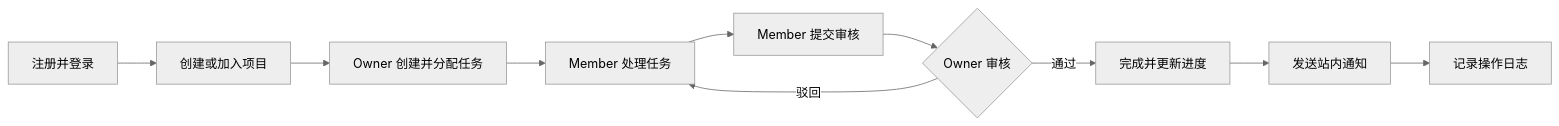
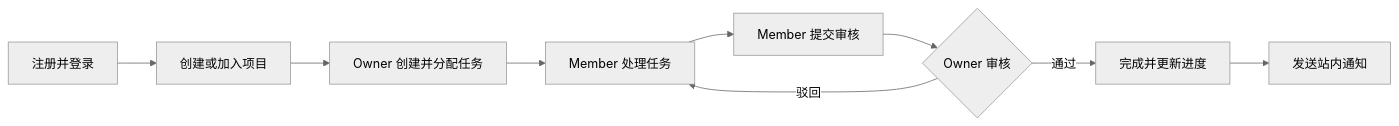
Before and after one commit to logic050122-cmyk/labflow: the second of 3 diagrams in docs/ARCHITECTURE.md, drawn with Mermaid (neutral theme). The commit also changed other lines of this file and 22 other files, not shown here.

````diff
--- a/docs/ARCHITECTURE.md
+++ b/docs/ARCHITECTURE.md
@@ -137,12 +138,11 @@
 ```mermaid
 flowchart LR
   Register["注册并登录"] --> Project["创建或加入项目"]
   Project --> Assign["Owner 创建并分配任务"]
   Assign --> Work["Member 处理任务"]
   Work --> Submit["Member 提交审核"]
   Submit --> Review{"Owner 审核"}
   Review -->|"通过"| Done["完成并更新进度"]
   Review -->|"驳回"| Work
   Done --> Notice["发送站内通知"]
-  Notice --> Log["记录操作日志"]
 ```
````
